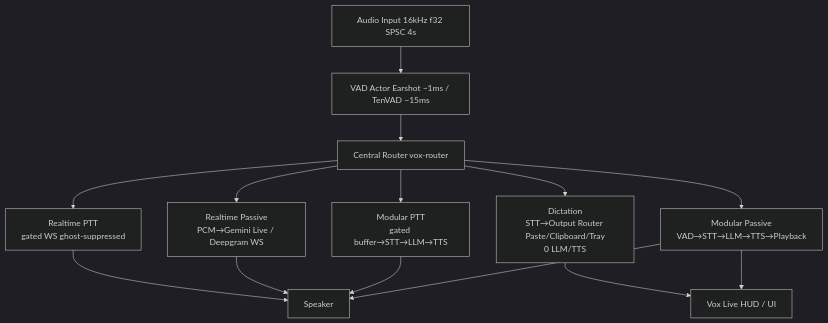
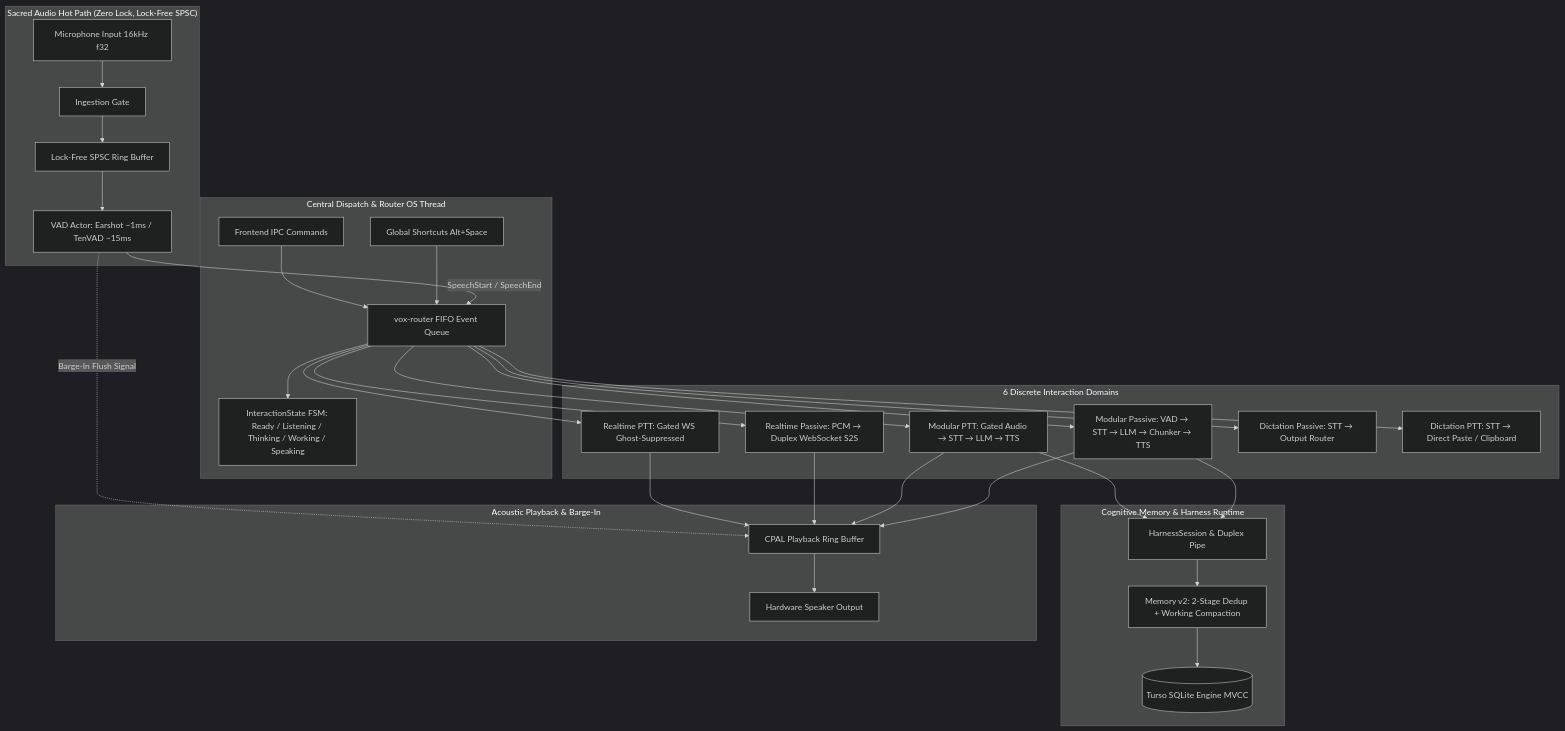
One commit to addy-47/vox changed the diagram in README.md. Above: the diagram before and after it, drawn with Mermaid (dark theme). The commit also changed other lines of this file and 6 other files, not shown here.

````diff
--- a/README.md
+++ b/README.md
@@ -43,16 +108,36 @@
 ```mermaid
 graph TD
-    Mic[Audio Input 16kHz f32 SPSC 4s] --> VAD[VAD Actor Earshot ~1ms / TenVAD ~15ms]
-    VAD --> Router[Central Router vox-router]
-    Router --> MP[Modular Passive<br/>VAD→STT→LLM→TTS→Playback]
-    Router --> MPTT[Modular PTT<br/>gated buffer→STT→LLM→TTS]
-    Router --> RP[Realtime Passive<br/>PCM→Gemini Live / Deepgram WS]
-    Router --> RPTT[Realtime PTT<br/>gated WS ghost-suppressed]
-    Router --> Dict[Dictation<br/>STT→Output Router Paste/Clipboard/Tray<br/>0 LLM/TTS]
-    MP --> Speaker
-    MPTT --> Speaker
-    RP --> Speaker
-    RPTT --> Speaker
-    MP --> HUD[Vox Live HUD / UI]
-    Dict --> HUD
+    subgraph Audio_Hot_Path["Sacred Audio Hot Path (Zero Lock, Lock-Free SPSC)"]
+        Mic[Microphone Input 16kHz f32] --> Ingest[Ingestion Gate]
+        Ingest --> RingBuffer[Lock-Free SPSC Ring Buffer]
+        RingBuffer --> VAD[VAD Actor: Earshot ~1ms / TenVAD ~15ms]
+    end
+
+    subgraph Central_Core["Central Dispatch & Router OS Thread"]
+        VAD -->|SpeechStart / SpeechEnd| Router[vox-router FIFO Event Queue]
+        Hotkeys[Global Shortcuts Alt+Space] --> Router
+        IPCCommands[Frontend IPC Commands] --> Router
+        Router --> FSM[InteractionState FSM: Ready / Listening / Thinking / Working / Speaking]
+    end
+
+    subgraph Pipeline_Domains["6 Discrete Interaction Domains"]
+        Router --> MP[Modular Passive: VAD → STT → LLM → Chunker → TTS]
+        Router --> MPTT[Modular PTT: Gated Audio → STT → LLM → TTS]
+        Router --> RP[Realtime Passive: PCM → Duplex WebSocket S2S]
+        Router --> RPTT[Realtime PTT: Gated WS Ghost-Suppressed]
+        Router --> DP[Dictation Passive: STT → Output Router]
+        Router --> DPTT[Dictation PTT: STT → Direct Paste / Clipboard]
+    end
+
+    subgraph Cognitive_Layer["Cognitive Memory & Harness Runtime"]
+        MP & MPTT --> Harness[HarnessSession & Duplex Pipe]
+        Harness --> Memory[Memory v2: 2-Stage Dedup + Working Compaction]
+        Memory --> DB[(Turso SQLite Engine MVCC)]
+    end
+
+    subgraph Acoustic_Output["Acoustic Playback & Barge-In"]
+        MP & MPTT & RP & RPTT --> Playback[CPAL Playback Ring Buffer]
+        Playback --> Speaker[Hardware Speaker Output]
+        VAD -.->|Barge-In Flush Signal| Playback
+    end
 ```
````
